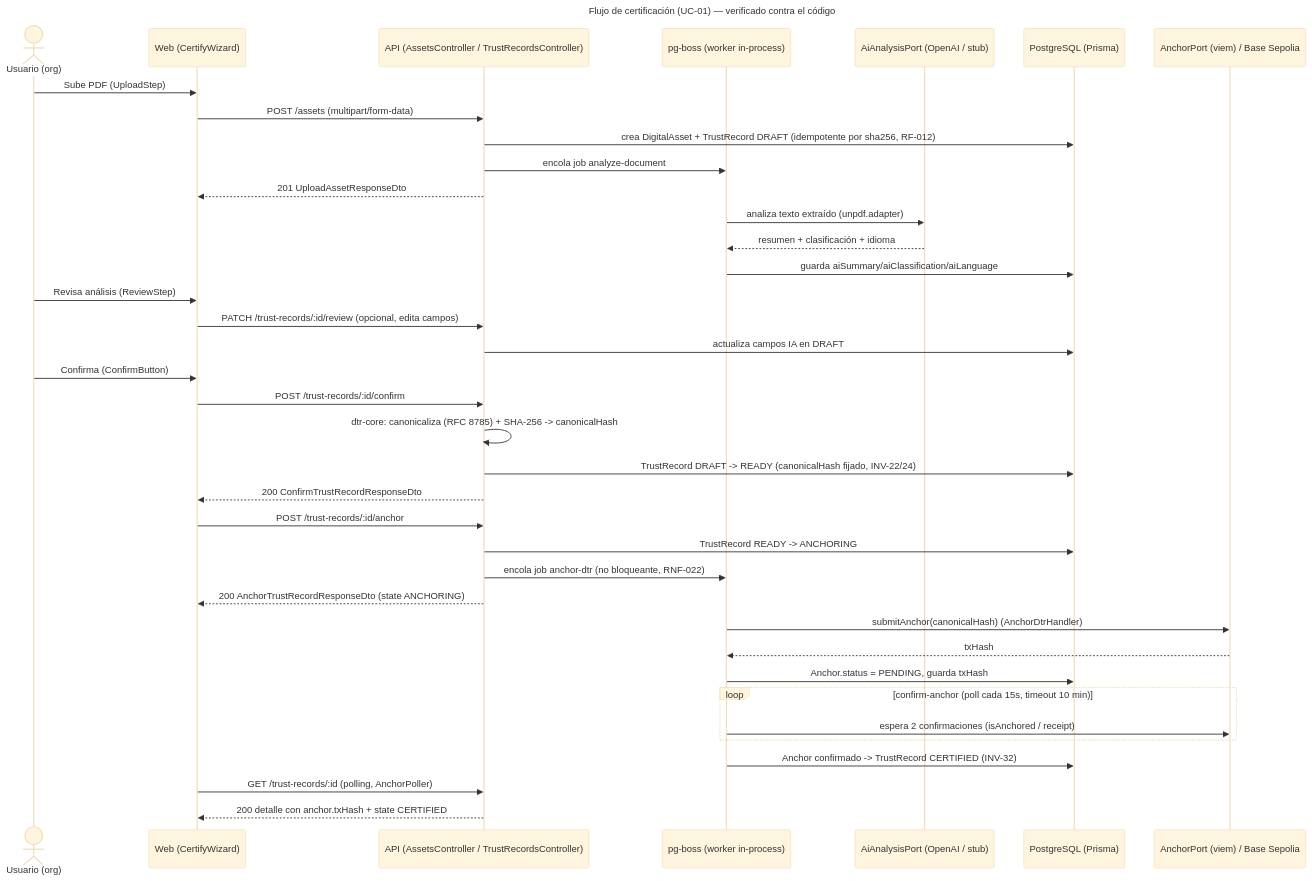
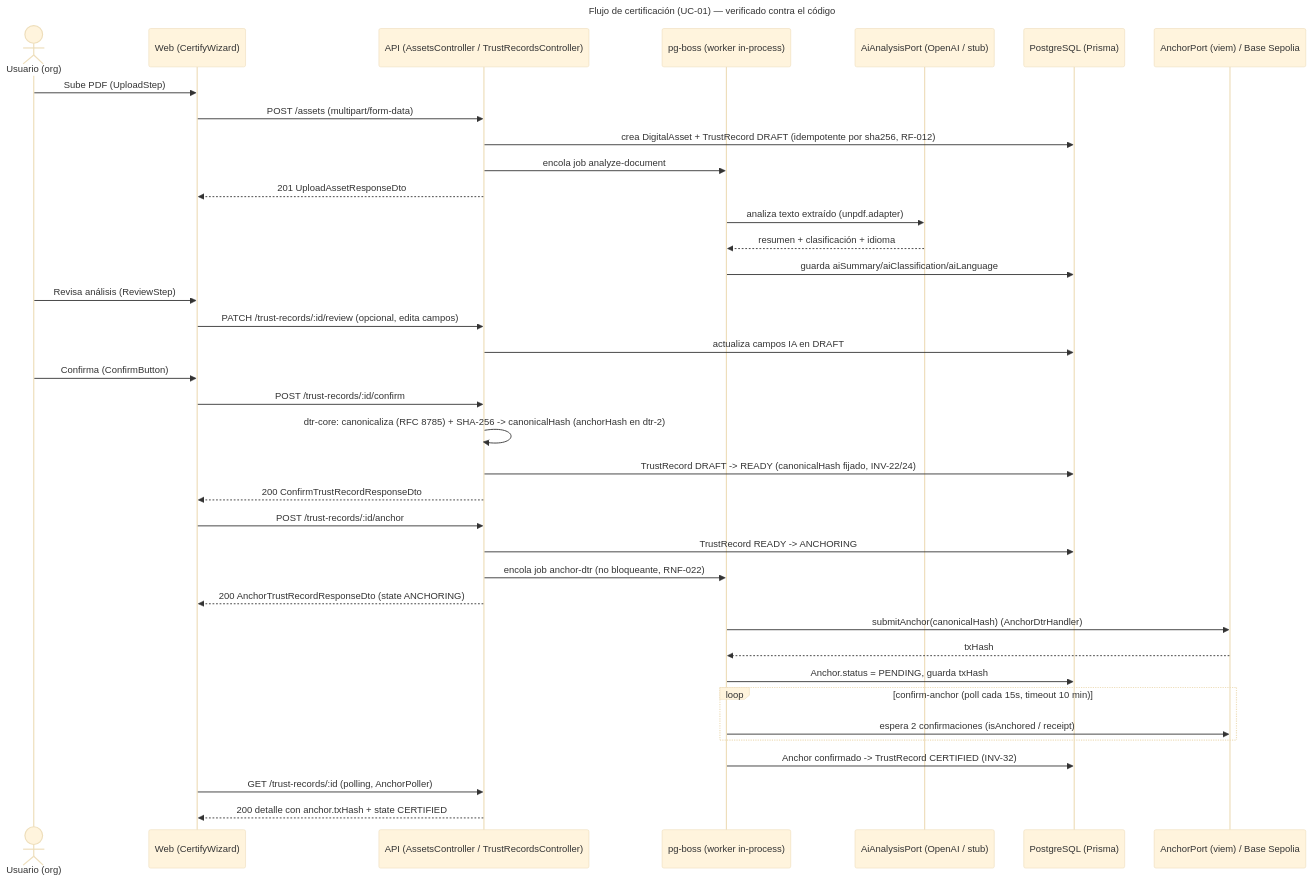
The first of 2 diagrams in docs/api/endpoints.md (jaigledeves/trustai), drawn with Mermaid (base theme) before and after one commit. The commit also changed other lines of this file and 13 other files, not shown here.

First line of the commit message:
feat(api): emit dtr-2 records and share the record rebuild with dtr-core

````diff
--- a/docs/api/endpoints.md
+++ b/docs/api/endpoints.md
@@ -78,49 +78,49 @@
 ```mermaid
 sequenceDiagram
     title Flujo de certificación (UC-01) — verificado contra el código
 
     actor U as Usuario (org)
     participant W as Web (CertifyWizard)
     participant API as API (AssetsController / TrustRecordsController)
     participant Q as pg-boss (worker in-process)
     participant AI as AiAnalysisPort (OpenAI / stub)
     participant DB as PostgreSQL (Prisma)
     participant CH as AnchorPort (viem) / Base Sepolia
 
     U->>W: Sube PDF (UploadStep)
     W->>API: POST /assets (multipart/form-data)
     API->>DB: crea DigitalAsset + TrustRecord DRAFT (idempotente por sha256, RF-012)
     API->>Q: encola job analyze-document
     API-->>W: 201 UploadAssetResponseDto
 
     Q->>AI: analiza texto extraído (unpdf.adapter)
     AI-->>Q: resumen + clasificación + idioma
     Q->>DB: guarda aiSummary/aiClassification/aiLanguage
 
     U->>W: Revisa análisis (ReviewStep)
     W->>API: PATCH /trust-records/:id/review (opcional, edita campos)
     API->>DB: actualiza campos IA en DRAFT
 
     U->>W: Confirma (ConfirmButton)
     W->>API: POST /trust-records/:id/confirm
-    API->>API: dtr-core: canonicaliza (RFC 8785) + SHA-256 -> canonicalHash
+    API->>API: dtr-core: canonicaliza (RFC 8785) + SHA-256 -> canonicalHash (anchorHash en dtr-2)
     API->>DB: TrustRecord DRAFT -> READY (canonicalHash fijado, INV-22/24)
     API-->>W: 200 ConfirmTrustRecordResponseDto
 
     W->>API: POST /trust-records/:id/anchor
     API->>DB: TrustRecord READY -> ANCHORING
     API->>Q: encola job anchor-dtr (no bloqueante, RNF-022)
     API-->>W: 200 AnchorTrustRecordResponseDto (state ANCHORING)
 
     Q->>CH: submitAnchor(canonicalHash) (AnchorDtrHandler)
     CH-->>Q: txHash
     Q->>DB: Anchor.status = PENDING, guarda txHash
 
     loop confirm-anchor (poll cada 15s, timeout 10 min)
         Q->>CH: espera 2 confirmaciones (isAnchored / receipt)
     end
     Q->>DB: Anchor confirmado -> TrustRecord CERTIFIED (INV-32)
 
     W->>API: GET /trust-records/:id (polling, AnchorPoller)
     API-->>W: 200 detalle con anchor.txHash + state CERTIFIED
 ```
````
